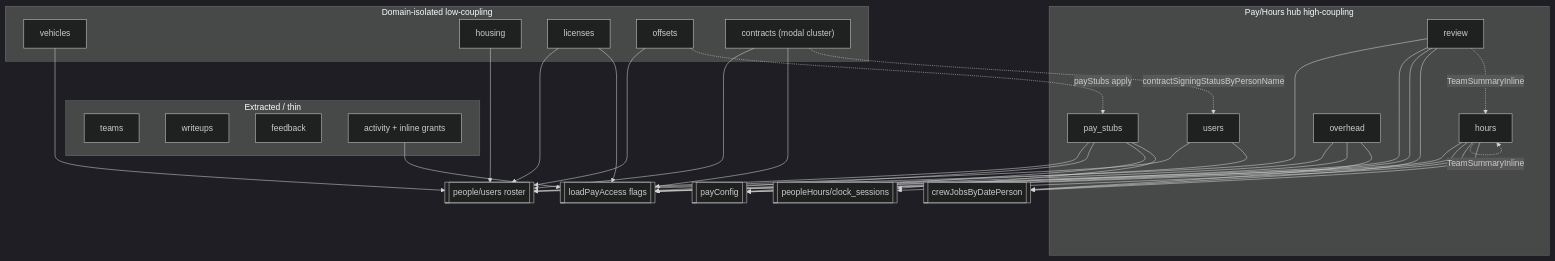
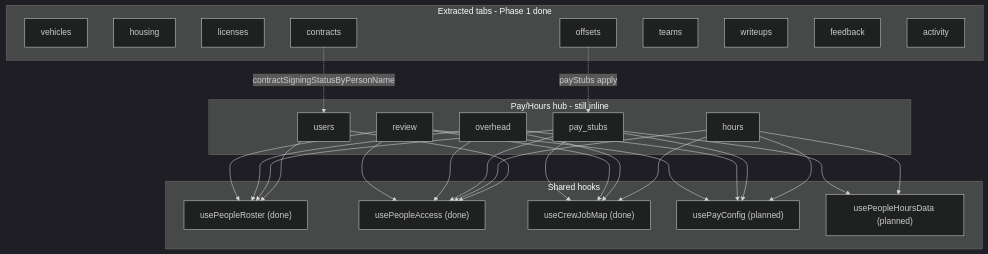
One commit to clickconstruction/pipetooling.github.io changed the diagram in docs/PEOPLE_TABS_ARCHITECTURE.md. Above: the diagram before and after it, drawn with Mermaid (dark theme). The commit also changed other lines of this file, not shown here.

First line of the commit message:
docs(people): update architecture map for Phase 1 + Phase 2 progress (#28)

````diff
--- a/docs/PEOPLE_TABS_ARCHITECTURE.md
+++ b/docs/PEOPLE_TABS_ARCHITECTURE.md
@@ -200,41 +207,37 @@
 ```mermaid
 graph TD
-    subgraph isolated [Domain-isolated low-coupling]
+    subgraph done [Extracted tabs - Phase 1 done]
         VH[vehicles]
         HO[housing]
         LI[licenses]
         OF[offsets]
-        CT["contracts (modal cluster)"]
-    end
-    subgraph done [Extracted / thin]
+        CT[contracts]
         TE[teams]
         WR[writeups]
         FB[feedback]
-        AC[activity + inline grants]
+        AC[activity]
     end
-    subgraph hub [Pay/Hours hub high-coupling]
+    subgraph hub [Pay/Hours hub - still inline]
         US[users]
         HR[hours]
         PS[pay_stubs]
         OV[overhead]
         RV[review]
     end
-    ROSTER[["people/users roster"]]
-    PERMS[["loadPayAccess flags"]]
-    PAYCFG[["payConfig"]]
-    HOURS[["peopleHours/clock_sessions"]]
-    CREW[["crewJobsByDatePerson"]]
+    subgraph hooks [Shared hooks]
+        ROSTER["usePeopleRoster (done)"]
+        PERMS["usePeopleAccess (done)"]
+        CREW["useCrewJobMap (done)"]
+        PAYCFG["usePayConfig (planned)"]
+        HOURS["usePeopleHoursData (planned)"]
+    end
 
-    US & PS & OF & LI & CT & RV --> ROSTER
-    VH & HO --> ROSTER
-    US & HR & PS & OV & RV & CT & LI & AC --> PERMS
+    US & PS & OV & RV --> ROSTER
+    US & HR & PS & OV & RV --> PERMS
     HR --> PAYCFG
     PS & OV & RV --> PAYCFG
-    HR --> HOURS
-    PS --> HOURS
-    HR --> CREW
-    OV & RV --> CREW
+    HR & PS --> HOURS
+    HR & OV & RV & PS --> CREW
     CT -.contractSigningStatusByPersonName.-> US
     OF -.payStubs apply.-> PS
-    HR & RV -.TeamSummaryInline.-> HR
 ```
````
